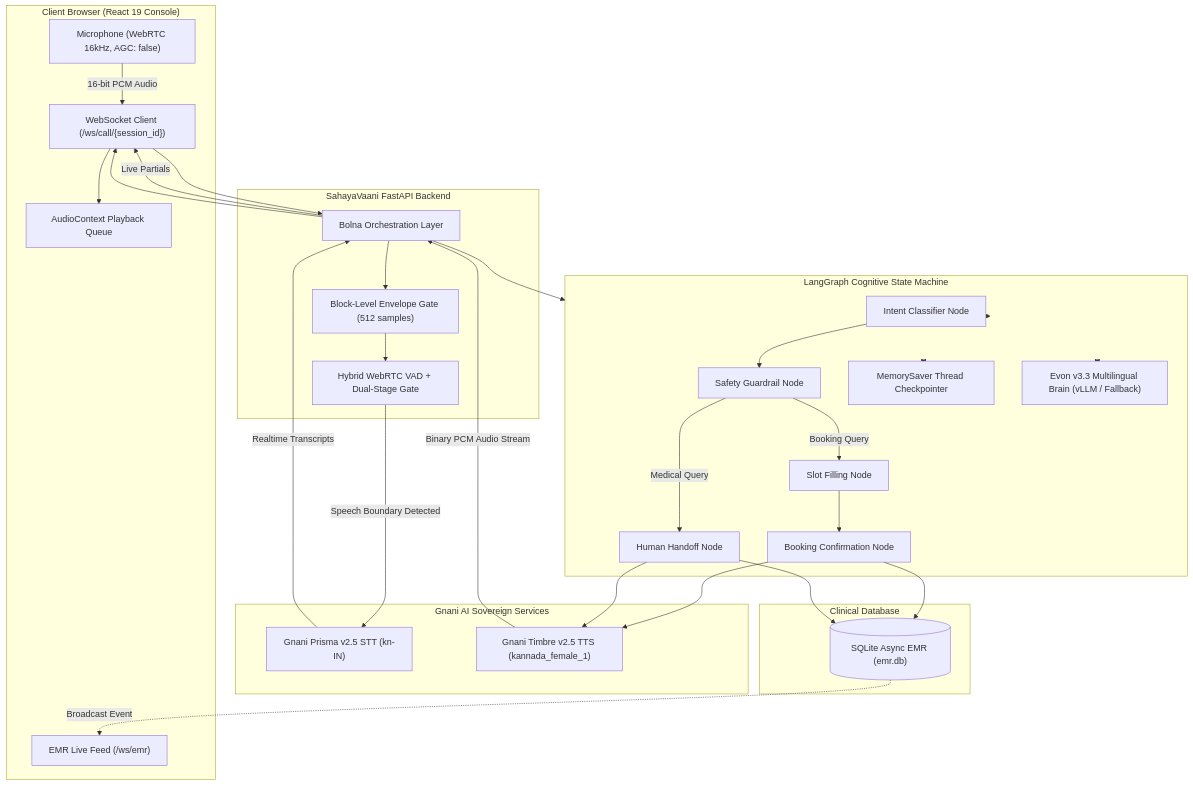
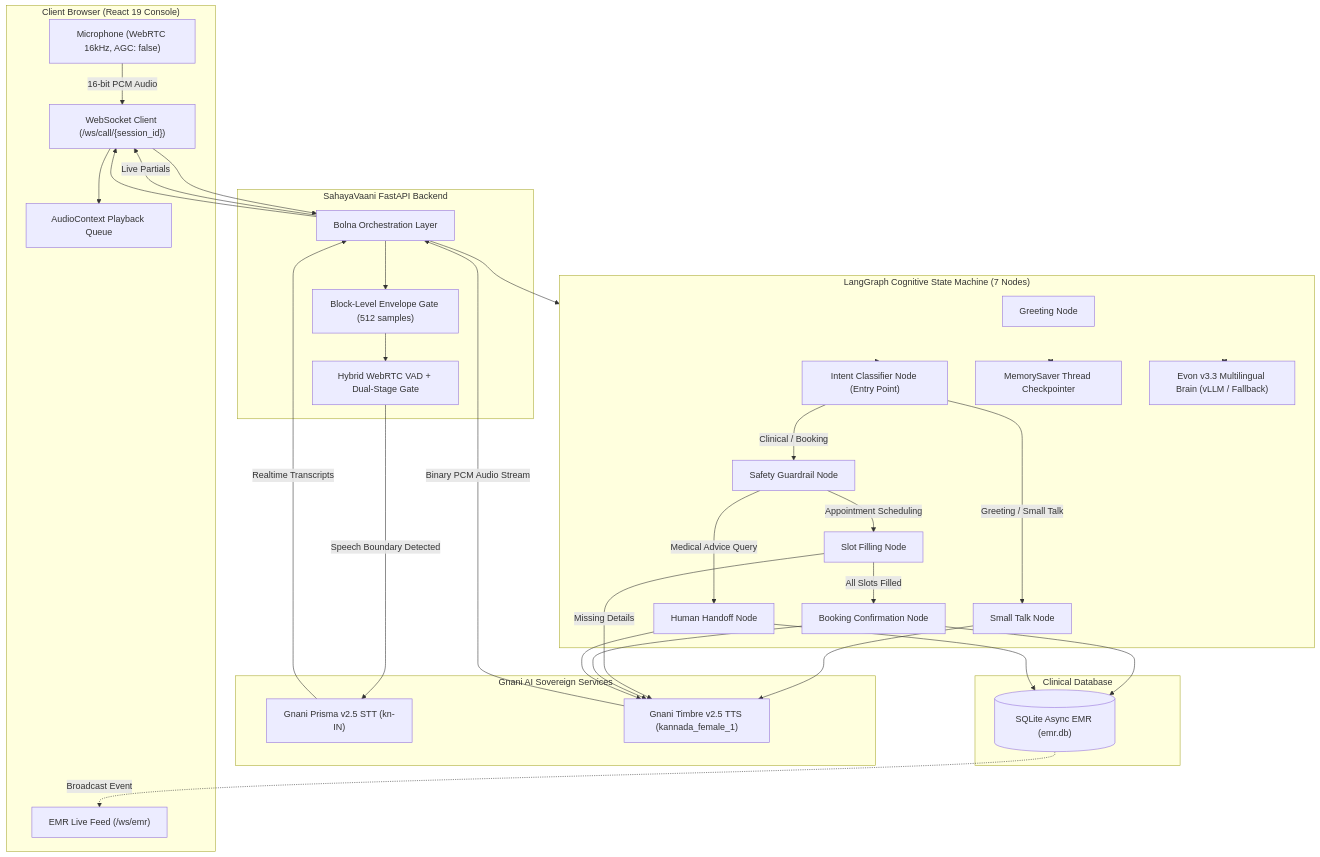
The diagram in design_draft.md (sm-daniyal/sahaya-vani), drawn with Mermaid before and after one commit. The commit also changed other lines of this file and 3 other files, not shown here.

Commit message:
docs: reconcile design draft and architecture specs with production implementation

````diff
--- a/design_draft.md
+++ b/design_draft.md
@@ -105,54 +105,60 @@
 ```mermaid
 flowchart TD
     subgraph Client ["Client Browser (React 19 Console)"]
         Mic["Microphone (WebRTC 16kHz, AGC: false)"]
         UI_WS["WebSocket Client (/ws/call/{session_id})"]
         EMR_UI["EMR Live Feed (/ws/emr)"]
         AudioOut["AudioContext Playback Queue"]
     end
 
     subgraph Backend ["SahayaVaani FastAPI Backend"]
         BolnaOrch["Bolna Orchestration Layer"]
         VAD["Hybrid WebRTC VAD + Dual-Stage Gate"]
         NoiseGate["Block-Level Envelope Gate (512 samples)"]
     end
 
     subgraph GnaniCloud ["Gnani AI Sovereign Services"]
         PrismaSTT["Gnani Prisma v2.5 STT (kn-IN)"]
         TimbreTTS["Gnani Timbre v2.5 TTS (kannada_female_1)"]
     end
 
-    subgraph Intelligence ["LangGraph Cognitive State Machine"]
-        IntentNode["Intent Classifier Node"]
+    subgraph Intelligence ["LangGraph Cognitive State Machine (7 Nodes)"]
+        GreetingNode["Greeting Node"]
+        IntentNode["Intent Classifier Node (Entry Point)"]
+        SmallTalkNode["Small Talk Node"]
+        SafetyNode["Safety Guardrail Node"]
         SlotNode["Slot Filling Node"]
-        SafetyNode["Safety Guardrail Node"]
         ConfirmNode["Booking Confirmation Node"]
         EscalateNode["Human Handoff Node"]
         Memory["MemorySaver Thread Checkpointer"]
         EvonLLM["Evon v3.3 Multilingual Brain (vLLM / Fallback)"]
     end
 
     subgraph Storage ["Clinical Database"]
         EMR_DB[("SQLite Async EMR (emr.db)")]
     end
 
     Mic -->|16-bit PCM Audio| UI_WS
     UI_WS --> BolnaOrch
     BolnaOrch --> NoiseGate --> VAD
     VAD -->|Speech Boundary Detected| PrismaSTT
     PrismaSTT -->|Realtime Transcripts| BolnaOrch
     BolnaOrch -->|Live Partials| UI_WS
     BolnaOrch --> Intelligence
     Intelligence <--> Memory
     Intelligence <--> EvonLLM
-    Intelligence --> IntentNode --> SafetyNode
-    SafetyNode -->|Medical Query| EscalateNode
-    SafetyNode -->|Booking Query| SlotNode --> ConfirmNode
+    Intelligence --> IntentNode
+    IntentNode -->|Greeting / Small Talk| SmallTalkNode --> TimbreTTS
+    IntentNode -->|Clinical / Booking| SafetyNode
+    SafetyNode -->|Medical Advice Query| EscalateNode
+    SafetyNode -->|Appointment Scheduling| SlotNode
+    SlotNode -->|Missing Details| TimbreTTS
+    SlotNode -->|All Slots Filled| ConfirmNode
     ConfirmNode --> EMR_DB
     EscalateNode --> EMR_DB
     ConfirmNode --> TimbreTTS
     EscalateNode --> TimbreTTS
     TimbreTTS -->|Binary PCM Audio Stream| BolnaOrch
     BolnaOrch --> UI_WS --> AudioOut
     EMR_DB -.->|Broadcast Event| EMR_UI
 ```
````
